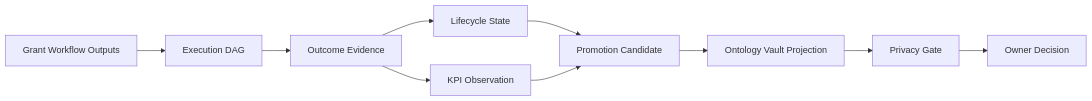
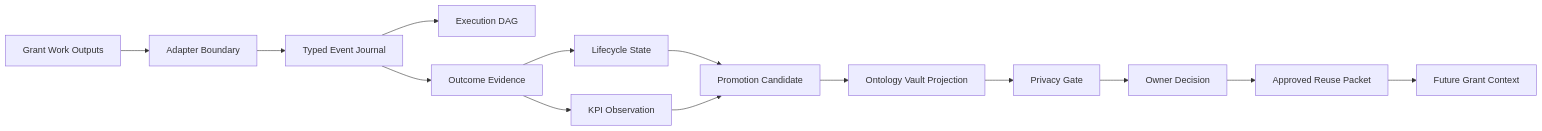
One commit to cyberAlchemyAI/domainspec changed the first of 2 diagrams in docs/features/goldenquill-promotion-governance/architecture.md. Above: the diagram before and after it, drawn with Mermaid. The commit also changed other lines of this file and 47 other files, not shown here.

````diff
--- a/docs/features/goldenquill-promotion-governance/architecture.md
+++ b/docs/features/goldenquill-promotion-governance/architecture.md
@@ -104,12 +114,16 @@
 ```mermaid
 graph LR
-    A[Grant Workflow Outputs] --> B[Execution DAG]
-    B --> C[Outcome Evidence]
-    C --> D[Lifecycle State]
-    C --> E[KPI Observation]
-    D --> F[Promotion Candidate]
-    E --> F
-    F --> G[Ontology Vault Projection]
-    G --> H[Privacy Gate]
-    H --> I[Owner Decision]
+    A[Grant Work Outputs] --> B[Adapter Boundary]
+    B --> C[Typed Event Journal]
+    C --> D[Execution DAG]
+    C --> E[Outcome Evidence]
+    E --> F[Lifecycle State]
+    E --> G[KPI Observation]
+    F --> H[Promotion Candidate]
+    G --> H
+    H --> I[Ontology Vault Projection]
+    I --> J[Privacy Gate]
+    J --> K[Owner Decision]
+    K --> L[Approved Reuse Packet]
+    L --> M[Future Grant Context]
 ```
````
